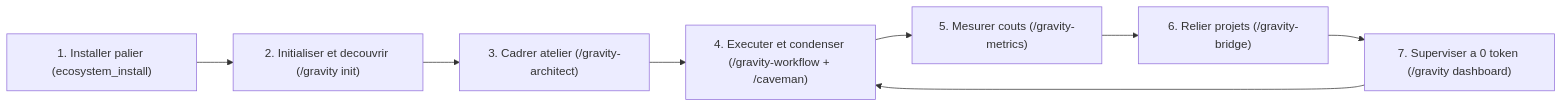
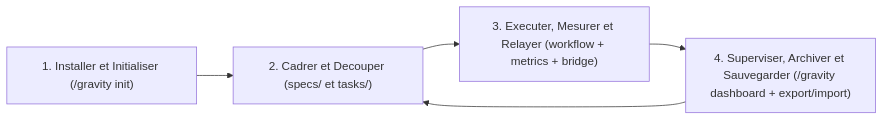
The diagram in docs/user-journey.md (BSourichanh/gravity), drawn with Mermaid before and after one commit. The commit also changed other lines of this file and 14 other files, not shown here.

Commit message:
feat(core): add /gravity export-import bundle, cross-repo AGENTS audit and 4-phase docs

````diff
--- a/docs/user-journey.md
+++ b/docs/user-journey.md
@@ -9,10 +9,7 @@
 ```mermaid
 flowchart LR
-    P1["1. Installer palier (ecosystem_install)"] --> P2["2. Initialiser et decouvrir (/gravity init)"]
-    P2 --> P3["3. Cadrer atelier (/gravity-architect)"]
-    P3 --> P4["4. Executer et condenser (/gravity-workflow + /caveman)"]
-    P4 --> P5["5. Mesurer couts (/gravity-metrics)"]
-    P5 --> P6["6. Relier projets (/gravity-bridge)"]
-    P6 --> P7["7. Superviser a 0 token (/gravity dashboard)"]
-    P7 --> P4
+    P1["1. Installer et Initialiser (/gravity init)"] --> P2["2. Cadrer et Decouper (specs/ et tasks/)"]
+    P2 --> P3["3. Executer, Mesurer et Relayer (workflow + metrics + bridge)"]
+    P3 --> P4["4. Superviser, Archiver et Sauvegarder (/gravity dashboard + export/import)"]
+    P4 --> P2
 ```
````
